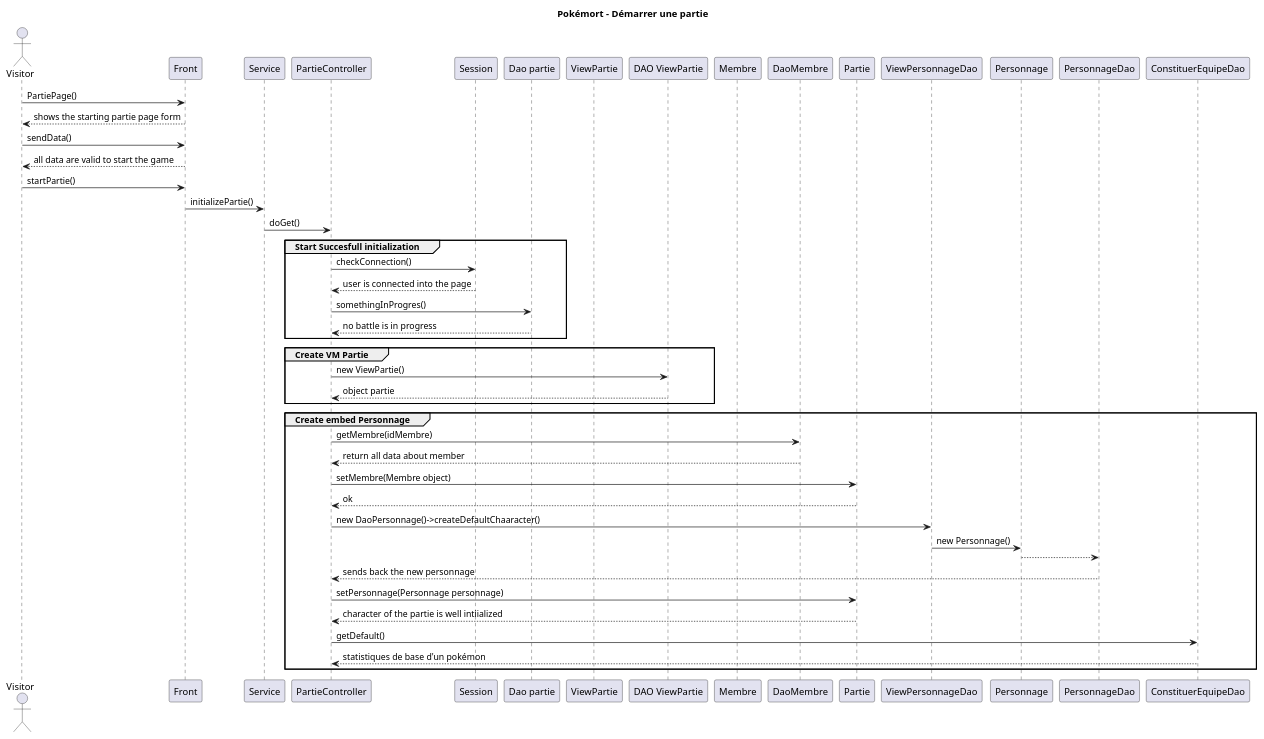
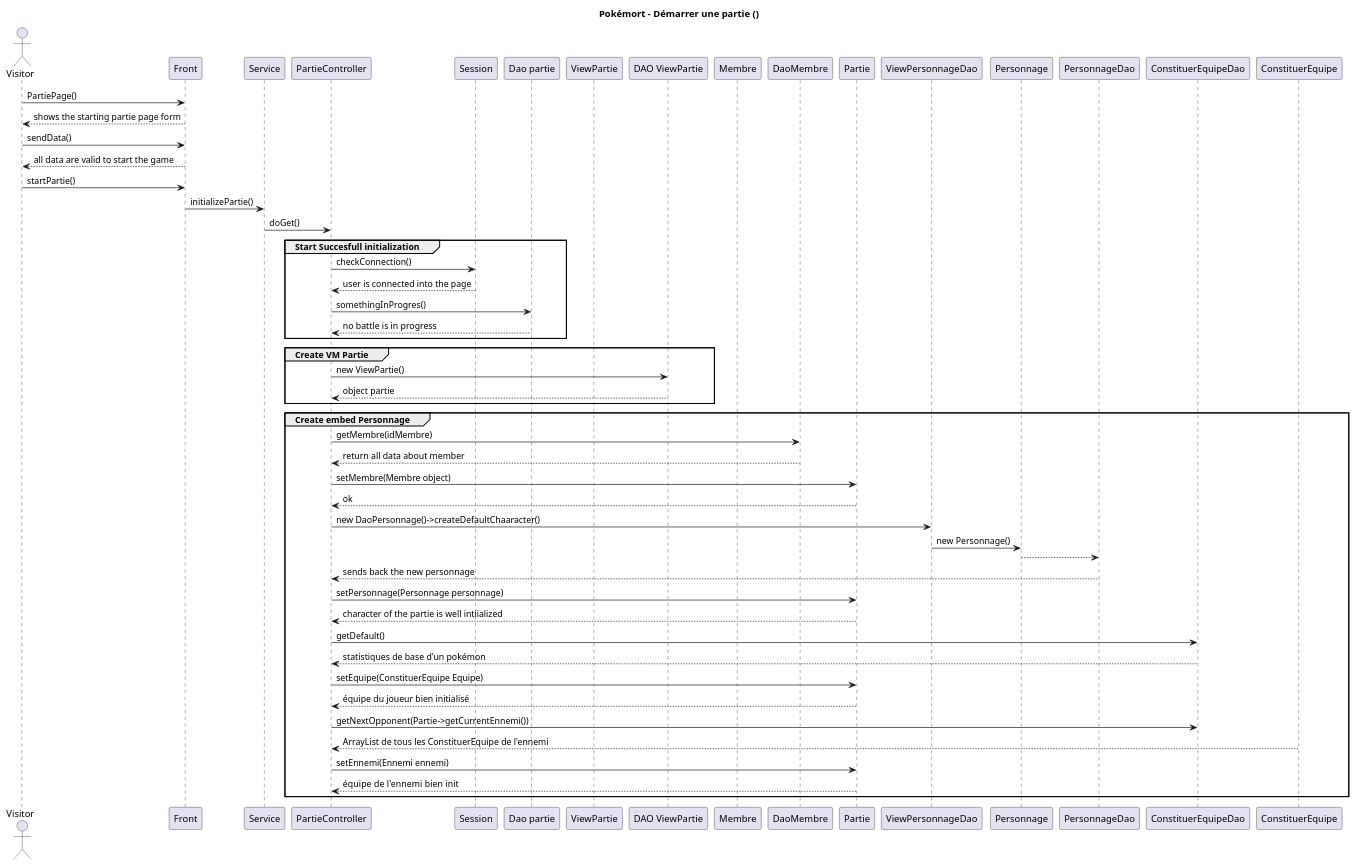
One commit to cedwics10/pokemort changed the diagram in documents/merise/uml/sequences/user/StartAdventure/StartAdventure.wsd. Above: the diagram before and after it, drawn with PlantUML. The commit also changed 2 other files, not shown here.

Commit message:
Sequences - constituer partie

```diff
--- a/documents/merise/uml/sequences/user/StartAdventure/StartAdventure.wsd
+++ b/documents/merise/uml/sequences/user/StartAdventure/StartAdventure.wsd
@@ -1,58 +1,65 @@
 @startuml
-title Pokémort - Démarrer une partie
+title Pokémort - Démarrer une partie ()
 
 actor Visitor
 participant "Front" as Front
 participant "Service" as ServicePartie
 participant "PartieController" as PartieCtrl
 
 participant "Session" as Session
 
 participant "Dao partie" as PartieDao
 
 participant "ViewPartie" as ViewPartie
 
 participant "DAO ViewPartie" as DaoViewPartie
 
 participant "Membre" as Membre
 
 
 Visitor -> Front : PartiePage()
 Front --> Visitor : shows the starting partie page form
 Visitor -> Front : sendData()
 Front --> Visitor : all data are valid to start the game
 Visitor -> Front : startPartie()
 Front -> ServicePartie : initializePartie()
 ServicePartie -> PartieCtrl : doGet()
 group Start Succesfull initialization
 PartieCtrl -> Session : checkConnection()
 Session --> PartieCtrl : user is connected into the page
 PartieCtrl -> PartieDao : somethingInProgres()
 PartieDao --> PartieCtrl : no battle is in progress
 end
 
 group Create VM Partie
 PartieCtrl -> DaoViewPartie : new ViewPartie() 
 DaoViewPartie --> PartieCtrl : object partie
 end
 
 
 group Create embed Personnage
 PartieCtrl -> DaoMembre : getMembre(idMembre)
 DaoMembre --> PartieCtrl : return all data about member
 PartieCtrl -> Partie : setMembre(Membre object)
 Partie --> PartieCtrl  : ok
 
 PartieCtrl -> ViewPersonnageDao : new DaoPersonnage()->createDefaultChaaracter()
 ViewPersonnageDao -> Personnage : new Personnage()
 Personnage --> PersonnageDao : 
 PersonnageDao --> PartieCtrl : sends back the new personnage
 PartieCtrl -> Partie : setPersonnage(Personnage personnage)
 Partie --> PartieCtrl  : character of the partie is well intiialized
 
 PartieCtrl  -> ConstituerEquipeDao : getDefault() 
 ConstituerEquipeDao --> PartieCtrl : statistiques de base d'un pokémon 
+
+PartieCtrl -> Partie : setEquipe(ConstituerEquipe Equipe)
+Partie --> PartieCtrl  : équipe du joueur bien initialisé
+
+PartieCtrl -> ConstituerEquipeDao : getNextOpponent(Partie->getCurrentEnnemi())
+ConstituerEquipe --> PartieCtrl : ArrayList de tous les ConstituerEquipe de l'ennemi
+
+PartieCtrl -> Partie : setEnnemi(Ennemi ennemi)
+Partie --> PartieCtrl  : équipe  de l'ennemi bien init
 end
-
-
 @enduml
```
